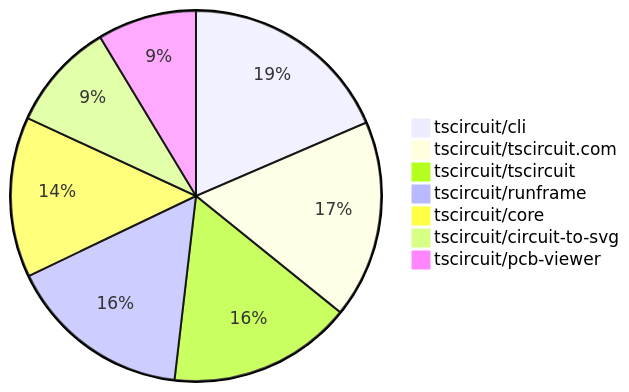
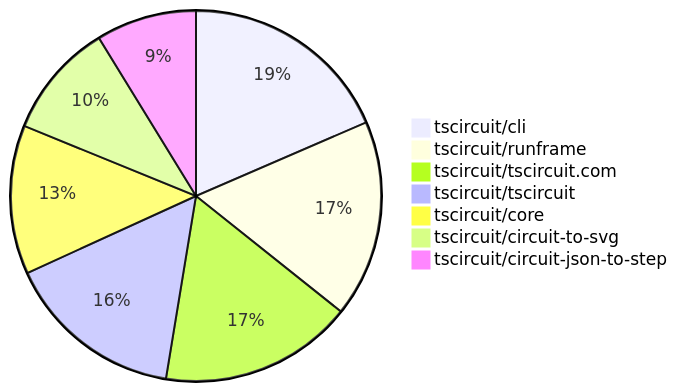
One commit to tscircuit/contribution-tracker changed the second of 2 diagrams in README.md. Above: the diagram before and after it, drawn with Mermaid. The commit also changed other lines of this file and 3 other files, not shown here.

````diff
--- a/README.md
+++ b/README.md
@@ -130,10 +133,10 @@
 ```mermaid
 pie
-    "tscircuit/cli" : 45
-    "tscircuit/tscircuit.com" : 42
-    "tscircuit/tscircuit" : 39
-    "tscircuit/runframe" : 39
-    "tscircuit/core" : 34
-    "tscircuit/circuit-to-svg" : 23
-    "tscircuit/pcb-viewer" : 21
+    "tscircuit/cli" : 57
+    "tscircuit/runframe" : 53
+    "tscircuit/tscircuit.com" : 52
+    "tscircuit/tscircuit" : 48
+    "tscircuit/core" : 40
+    "tscircuit/circuit-to-svg" : 31
+    "tscircuit/circuit-json-to-step" : 27
 ```
````
